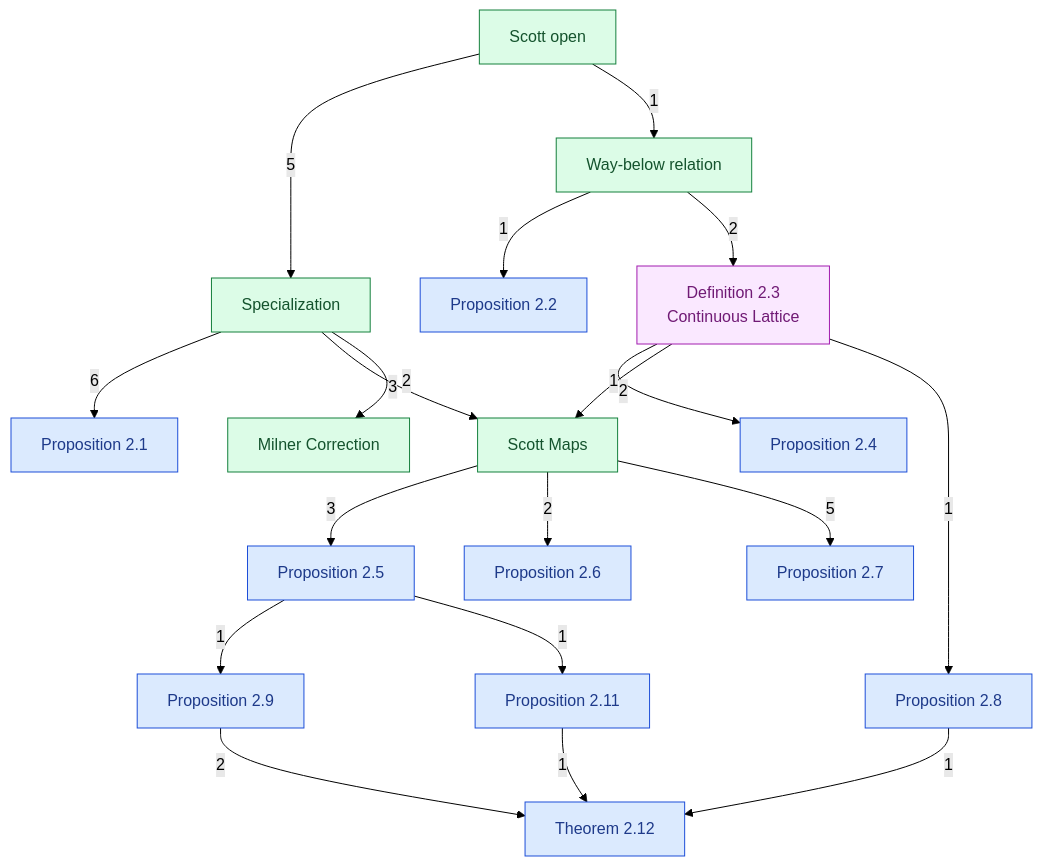
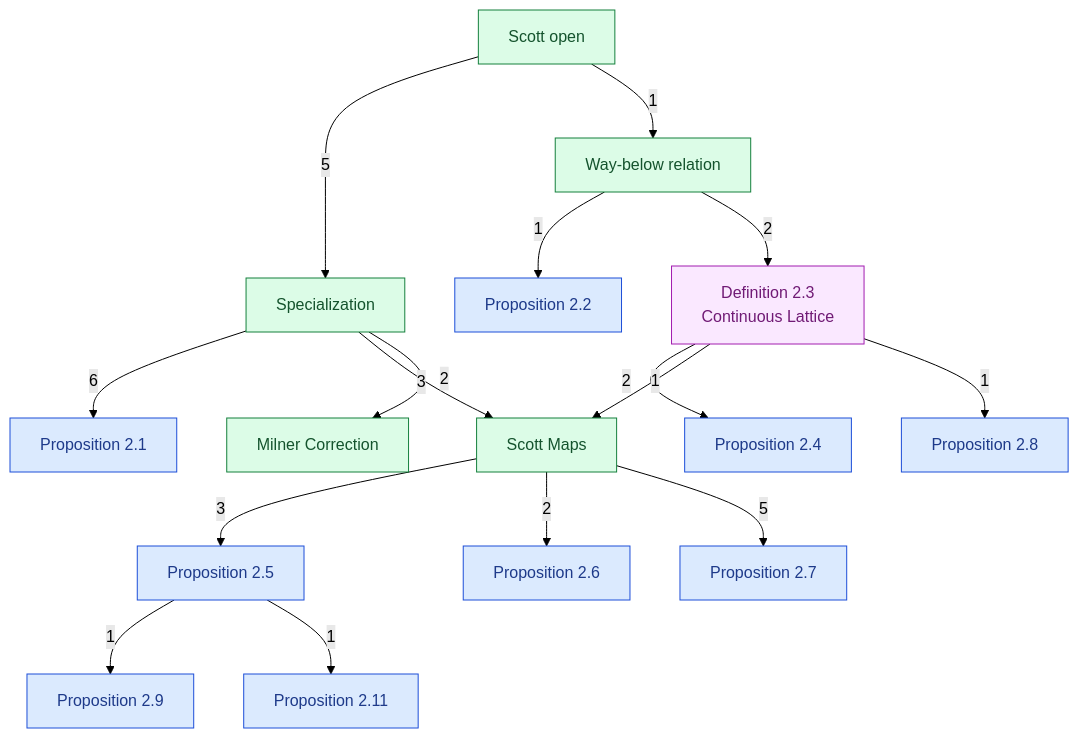
Before and after one commit to catskillsresearch/DomainTheory: the diagram in DomainTheory/1972_Continuous_lattices.mermaid, drawn with Mermaid (forest theme). The commit also changed 12 other files, not shown here.

Commit message:
Place Theorem 2.12 after the corrected Proposition 2.10, and use the injective-spaces note as section 1.

```diff
--- a/DomainTheory/1972_Continuous_lattices.mermaid
+++ b/DomainTheory/1972_Continuous_lattices.mermaid
@@ -1,45 +1,42 @@
 %% Notes of section 2, continuous lattices, in the paper's order.
+%% Theorem 2.12 is filed in section 3, after the corrected Proposition 2.10.
 %% Arrowhead on the importer. The number is a direct-import count.
 %% An arrow already implied by a longer path is omitted.
 %% The flawed proof of Proposition 2.10 has no Lean files.
 flowchart TB
   SP["Specialization"]
   SO["Scott open"]
   P21["Proposition 2.1"]
   WB["Way-below relation"]
   P22["Proposition 2.2"]
   D23["Definition 2.3\nContinuous Lattice"]
   P24["Proposition 2.4"]
   SM["Scott Maps"]
   MC["Milner Correction"]
   P25["Proposition 2.5"]
   P26["Proposition 2.6"]
   P27["Proposition 2.7"]
   P28["Proposition 2.8"]
   P29["Proposition 2.9"]
   P211["Proposition 2.11"]
-  T212["Theorem 2.12"]
   SO -->|"5"| SP
   SO -->|"1"| WB
   SP -->|"6"| P21
   SP -->|"3"| SM
   SP -->|"2"| MC
   WB -->|"1"| P22
   WB -->|"2"| D23
   D23 -->|"2"| P24
   D23 -->|"1"| SM
   D23 -->|"1"| P28
   SM -->|"3"| P25
   SM -->|"2"| P26
   SM -->|"5"| P27
   P25 -->|"1"| P29
   P25 -->|"1"| P211
-  P28 -->|"1"| T212
-  P29 -->|"2"| T212
-  P211 -->|"1"| T212
   classDef concept fill:#dcfce7,stroke:#15803d,color:#14532d
   classDef numbered fill:#dbeafe,stroke:#1d4ed8,color:#1e3a8a
   classDef definition fill:#fae8ff,stroke:#a21caf,color:#701a75
   class SP,SO,WB,SM,MC concept
   class D23 definition
-  class P21,P22,P24,P25,P26,P27,P28,P29,P211,T212 numbered
+  class P21,P22,P24,P25,P26,P27,P28,P29,P211 numbered
```
